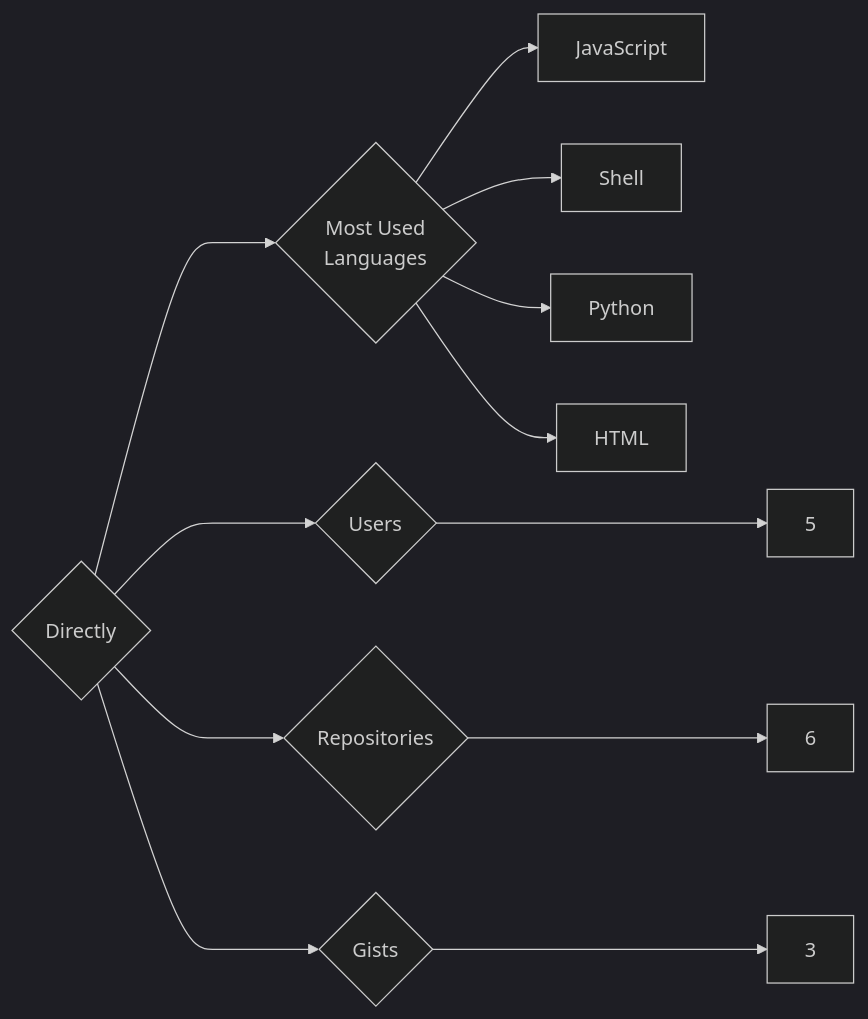
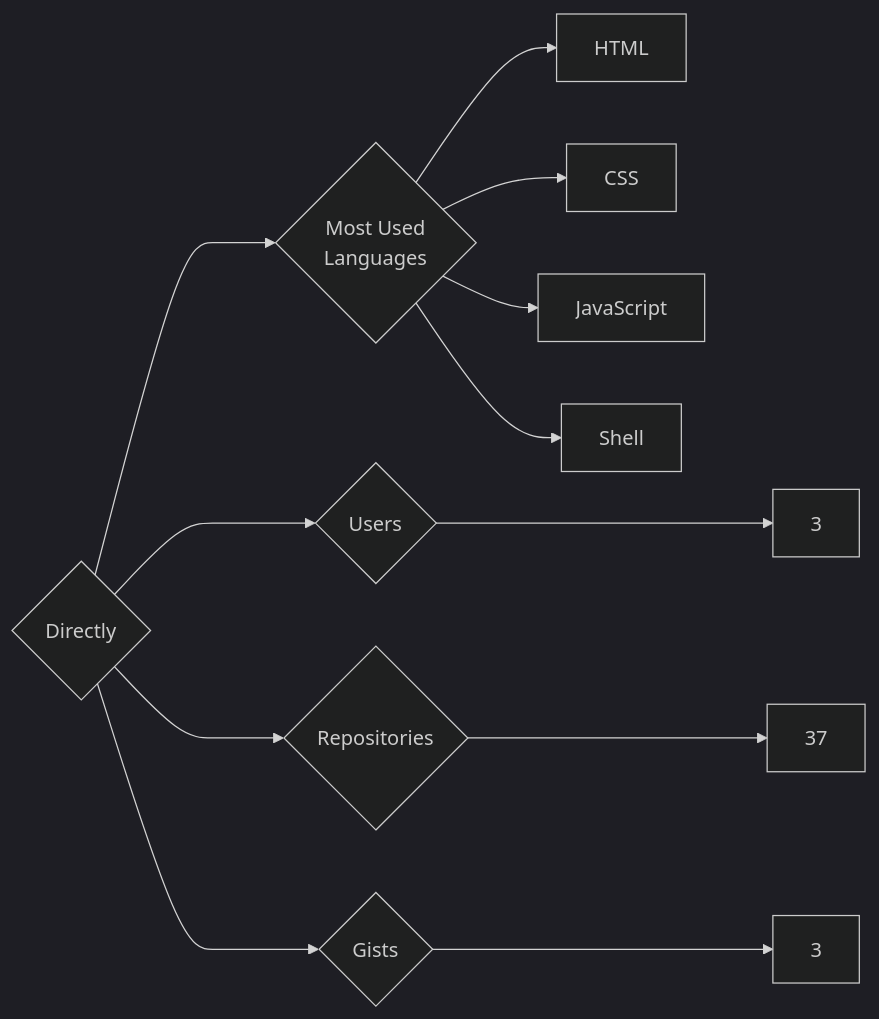
Before and after one commit to trickest/insiders: the diagram in targets/Directly/README.md, drawn with Mermaid (dark theme). The commit also changed 847 other files, not shown here.

````diff
--- a/targets/Directly/README.md
+++ b/targets/Directly/README.md
@@ -3,12 +3,12 @@
 ```mermaid
 graph LR
 COMPANY_NAME{Directly}
-COMPANY_NAME ---> U{Users} ---> UN[5]
-COMPANY_NAME ---> R{Repositories} ---> RN[6]
+COMPANY_NAME ---> U{Users} ---> UN[3]
+COMPANY_NAME ---> R{Repositories} ---> RN[37]
 COMPANY_NAME ---> G{Gists} ---> GN[3]
 COMPANY_NAME ---> ML{Most Used<br>Languages}
+ML --> HTML[HTML]
+ML --> CSS[CSS]
 ML --> JavaScript[JavaScript]
 ML --> Shell[Shell]
-ML --> Python[Python]
-ML --> HTML[HTML]
 ```
````
